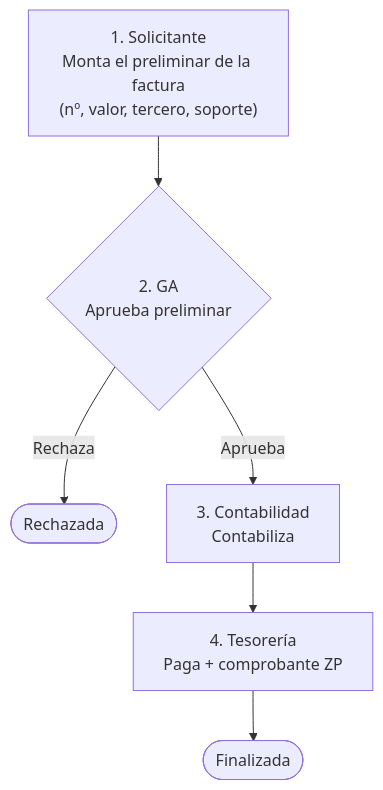
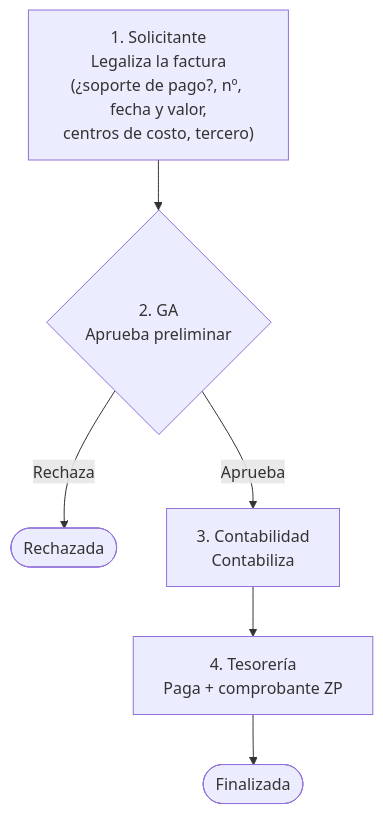
The third of 3 diagrams in docs/FLUJOS.md (cesararr1108/control-gastos), drawn with Mermaid before and after one commit. The commit also changed other lines of this file and 17 other files, not shown here.

First line of the commit message:
Ajustes de noviembre: tarjeta, centros de costo, soporte de pago, devolución de saldo y formatos por organización

````diff
--- a/docs/FLUJOS.md
+++ b/docs/FLUJOS.md
@@ -137,9 +155,9 @@
 ```mermaid
 flowchart TD
-    A["1. Solicitante<br/>Monta el preliminar de la factura<br/>(nº, valor, tercero, soporte)"] --> B
+    A["1. Solicitante<br/>Legaliza la factura<br/>(¿soporte de pago?, nº, fecha y valor,<br/>centros de costo, tercero)"] --> B
     B{"2. GA<br/>Aprueba preliminar"}
     B -- Rechaza --> X([Rechazada])
     B -- Aprueba --> C
     C["3. Contabilidad<br/>Contabiliza"] --> D
     D["4. Tesorería<br/>Paga + comprobante ZP"] --> Z([Finalizada])
 ```
````
